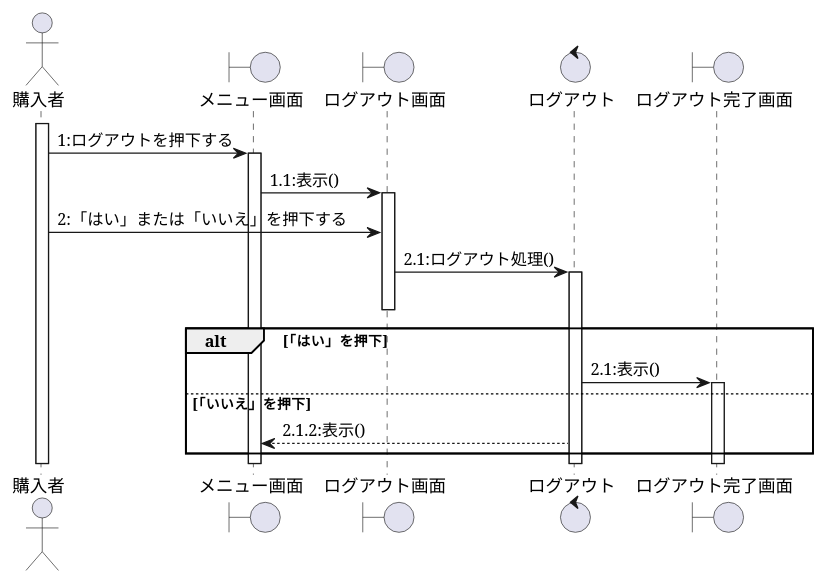
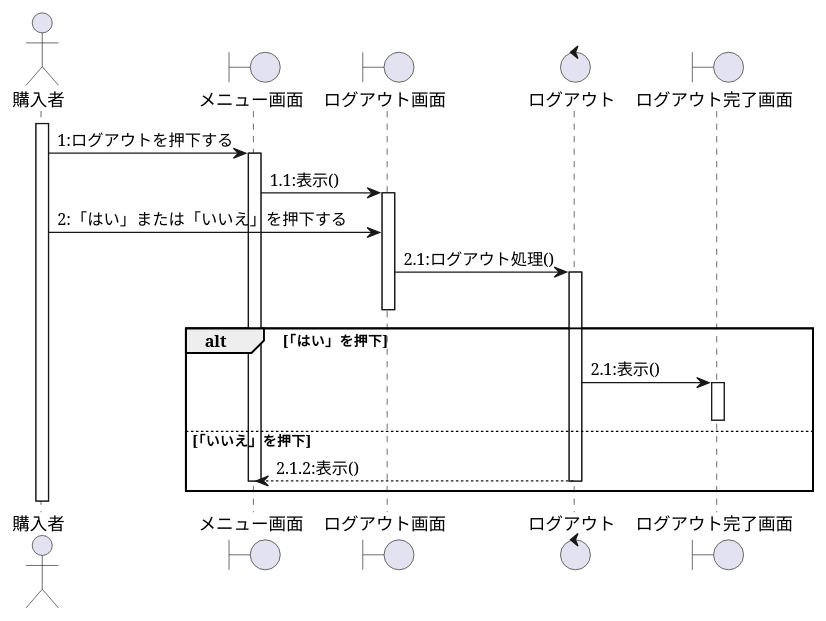
Before and after one commit to T-kouki/local-vege-link: the diagram in シーケンス/シーケンス_購入者/ログアウト.puml, drawn with PlantUML. The commit also changed 9 other files, not shown here.

```diff
--- a/シーケンス/シーケンス_購入者/ログアウト.puml
+++ b/シーケンス/シーケンス_購入者/ログアウト.puml
@@ -1,24 +1,28 @@
 @startuml
 
 actor 購入者
 boundary メニュー画面
 boundary ログアウト画面
 control ログアウト
 boundary ログアウト完了画面
 
 activate 購入者
 購入者 -> メニュー画面:1:ログアウトを押下する
 activate メニュー画面
 メニュー画面 -> ログアウト画面:1.1:表示()
 activate ログアウト画面
 購入者 -> ログアウト画面:2:「はい」または「いいえ」を押下する
 ログアウト画面 -> ログアウト:2.1:ログアウト処理()
 activate ログアウト
 deactivate ログアウト画面
 alt 「はい」を押下
     ログアウト -> ログアウト完了画面:2.1:表示()
     activate ログアウト完了画面
+    deactivate ログアウト完了画面
 else 「いいえ」を押下
     ログアウト --> メニュー画面:2.1.2:表示()
+deactivate メニュー画面
+deactivate ログアウト
+
 end
 @enduml
```
